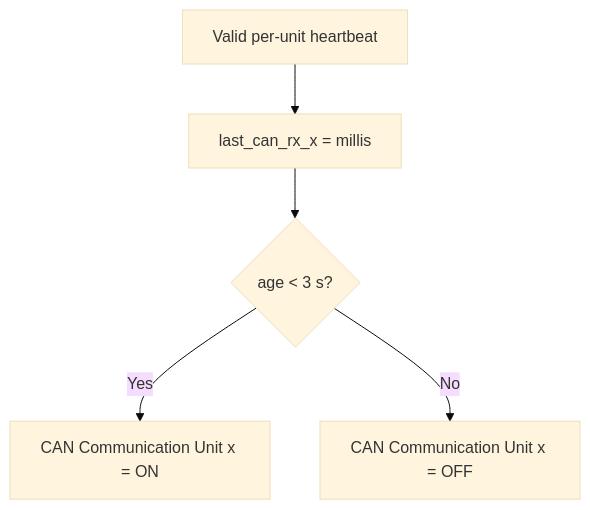
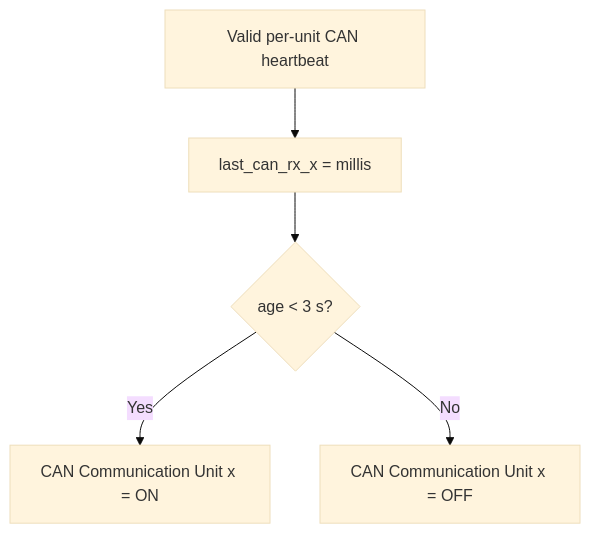
The fifth of 20 diagrams in R4875G1_CONTROL_FLOWS.md (anwa/esphome-r4875g1-3phase-charger), drawn with Mermaid (base theme) before and after one commit. The commit also changed other lines of this file, not shown here.

````diff
--- a/R4875G1_CONTROL_FLOWS.md
+++ b/R4875G1_CONTROL_FLOWS.md
@@ -210,7 +181,7 @@
 ```mermaid
 flowchart TD
-    A[Valid per-unit heartbeat] --> B[last_can_rx_x = millis]
+    A[Valid per-unit CAN heartbeat] --> B[last_can_rx_x = millis]
     B --> C{age < 3 s?}
     C -- Yes --> D[CAN Communication Unit x = ON]
     C -- No --> E[CAN Communication Unit x = OFF]
 ```
````
